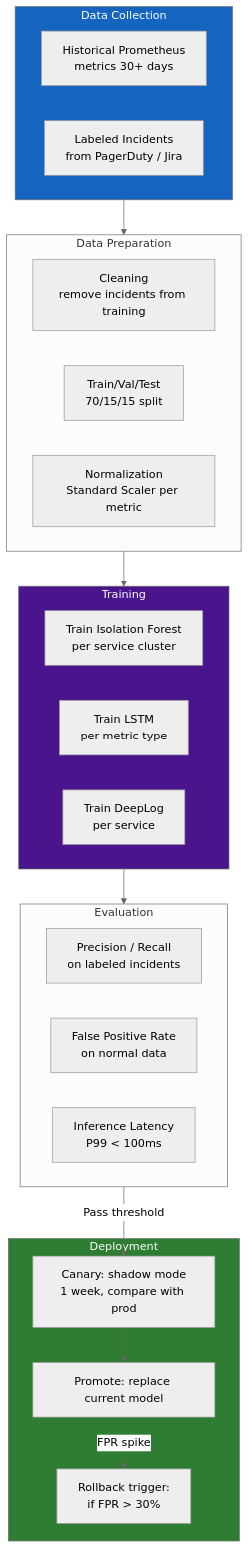
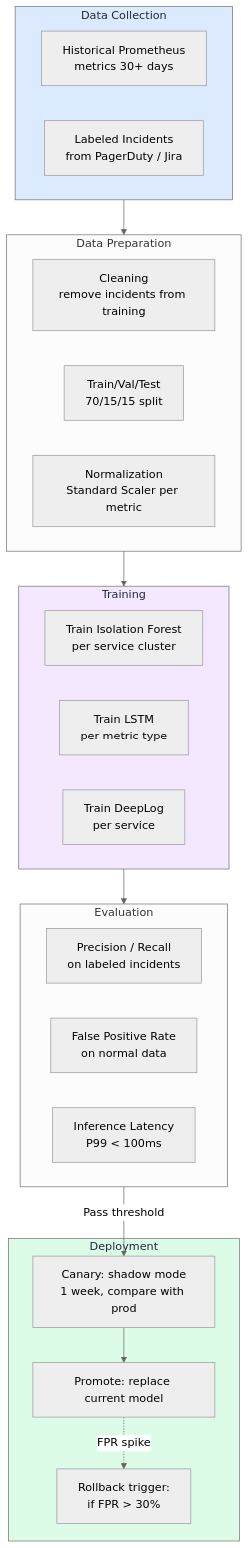
One commit to XUanhoa04/aiops-engineering-handbook changed the eighth of 8 diagrams in docs/en/08-anomaly-detection/README.md. Above: the diagram before and after it, drawn with Mermaid (neutral theme). The commit also changed other lines of this file and 39 other files, not shown here.

First line of the commit message:
docs: concept-first Ch.08-12, collapse code, soft Mermaid colors

````diff
--- a/docs/en/08-anomaly-detection/README.md
+++ b/docs/en/08-anomaly-detection/README.md
@@ -1584,39 +2366,39 @@
 ```mermaid
 graph TD
     subgraph Collection["Data Collection"]
         HIST[Historical Prometheus\nmetrics 30+ days]
         LABEL[Labeled Incidents\nfrom PagerDuty / Jira]
     end
 
     subgraph Prep["Data Preparation"]
         CLEAN[Cleaning\nremove incidents from training]
         SPLIT[Train/Val/Test\n70/15/15 split]
         NORM[Normalization\nStandard Scaler per metric]
     end
 
     subgraph Train["Training"]
         TRAIN_IF[Train Isolation Forest\nper service cluster]
         TRAIN_LSTM[Train LSTM\nper metric type]
         TRAIN_DL[Train DeepLog\nper service]
     end
 
     subgraph Eval["Evaluation"]
         PREC[Precision / Recall\non labeled incidents]
         FPR[False Positive Rate\non normal data]
         LAT[Inference Latency\nP99 < 100ms]
     end
 
     subgraph Deploy["Deployment"]
         CANARY[Canary: shadow mode\n1 week, compare with prod]
         PROMOTE[Promote: replace current model]
         ROLLBACK[Rollback trigger:\nif FPR > 30%]
     end
 
     Collection --> Prep --> Train --> Eval
     Eval -->|Pass threshold| CANARY --> PROMOTE
     PROMOTE -.->|FPR spike| ROLLBACK
 
-    style Collection fill:#1565c0,color:#fff
-    style Train fill:#4a148c,color:#fff
-    style Deploy fill:#2e7d32,color:#fff
+    style Collection fill:#dbeafe,color:#1e293b
+    style Train fill:#f3e8ff,color:#1e293b
+    style Deploy fill:#dcfce7,color:#1e293b
 ```
````
